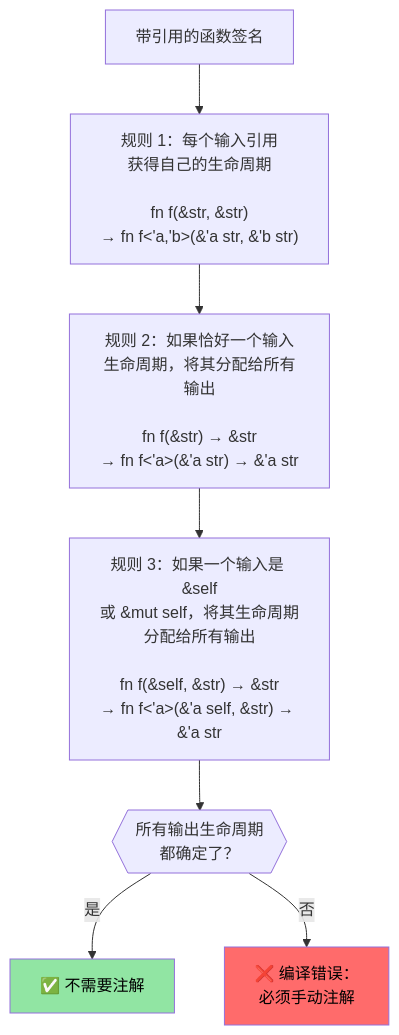
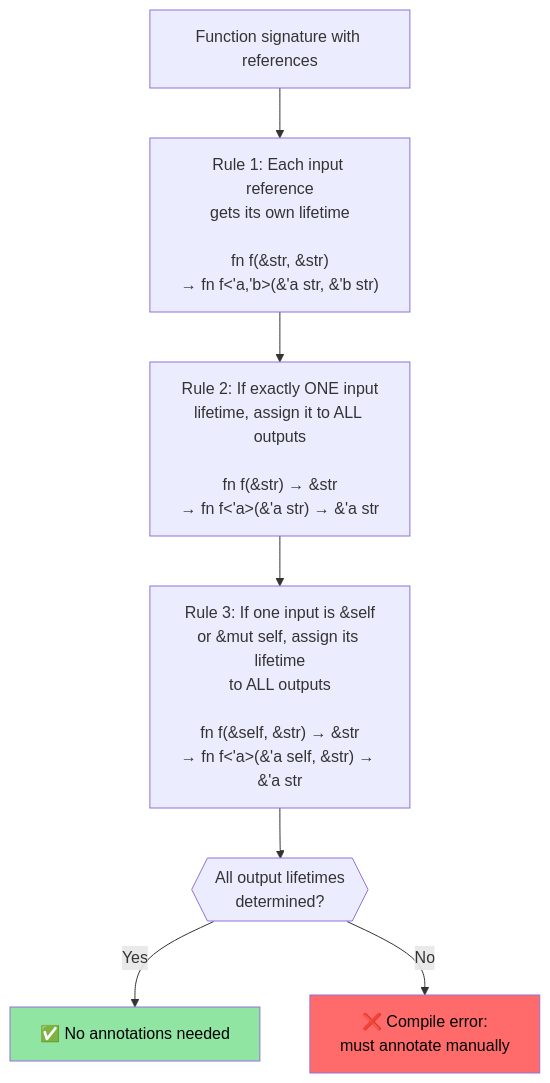
The diagram in src/ch07-1-lifetimes-and-borrowing-deep-dive.md (hex623/rust-training-zh), drawn with Mermaid before and after one commit. The commit also changed other lines of this file and 21 other files, not shown here.

````diff
--- a/src/ch07-1-lifetimes-and-borrowing-deep-dive.md
+++ b/src/ch07-1-lifetimes-and-borrowing-deep-dive.md
@@ -179,15 +182,15 @@
 ```mermaid
 flowchart TD
-    A["带引用的函数签名"] --> R1
-    R1["规则 1：每个输入引用<br/>获得自己的生命周期<br/><br/>fn f(&str, &str)<br/>→ fn f<'a,'b>(&'a str, &'b str)"]
+    A["Function signature with references"] --> R1
+    R1["Rule 1: Each input reference<br/>gets its own lifetime<br/><br/>fn f(&str, &str)<br/>→ fn f<'a,'b>(&'a str, &'b str)"]
     R1 --> R2
-    R2["规则 2：如果恰好一个输入<br/>生命周期，将其分配给所有输出<br/><br/>fn f(&str) → &str<br/>→ fn f<'a>(&'a str) → &'a str"]
+    R2["Rule 2: If exactly ONE input<br/>lifetime, assign it to ALL outputs<br/><br/>fn f(&str) → &str<br/>→ fn f<'a>(&'a str) → &'a str"]
     R2 --> R3
-    R3["规则 3：如果一个输入是 &self<br/>或 &mut self，将其生命周期<br/>分配给所有输出<br/><br/>fn f(&self, &str) → &str<br/>→ fn f<'a>(&'a self, &str) → &'a str"]
-    R3 --> CHECK{{"所有输出生命周期<br/>都确定了？"}}
-    CHECK -->|"是"| OK["✅ 不需要注解"]
-    CHECK -->|"否"| ERR["❌ 编译错误：<br/>必须手动注解"]
+    R3["Rule 3: If one input is &self<br/>or &mut self, assign its lifetime<br/>to ALL outputs<br/><br/>fn f(&self, &str) → &str<br/>→ fn f<'a>(&'a self, &str) → &'a str"]
+    R3 --> CHECK{{"All output lifetimes<br/>determined?"}}
+    CHECK -->|"Yes"| OK["✅ No annotations needed"]
+    CHECK -->|"No"| ERR["❌ Compile error:<br/>must annotate manually"]
     
     style OK fill:#91e5a3,color:#000
     style ERR fill:#ff6b6b,color:#000
 ```
````
